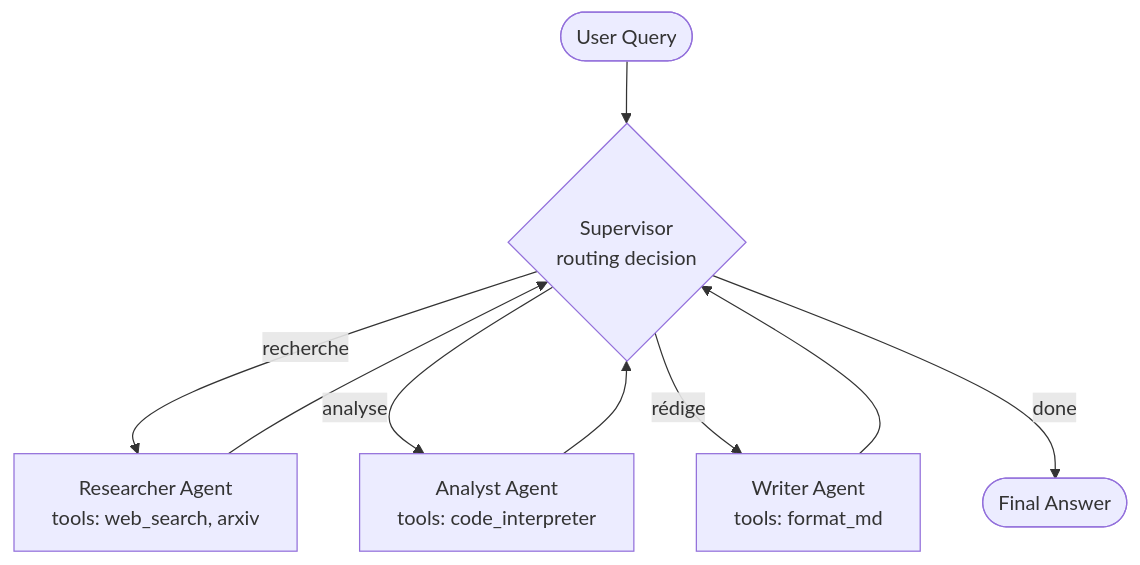
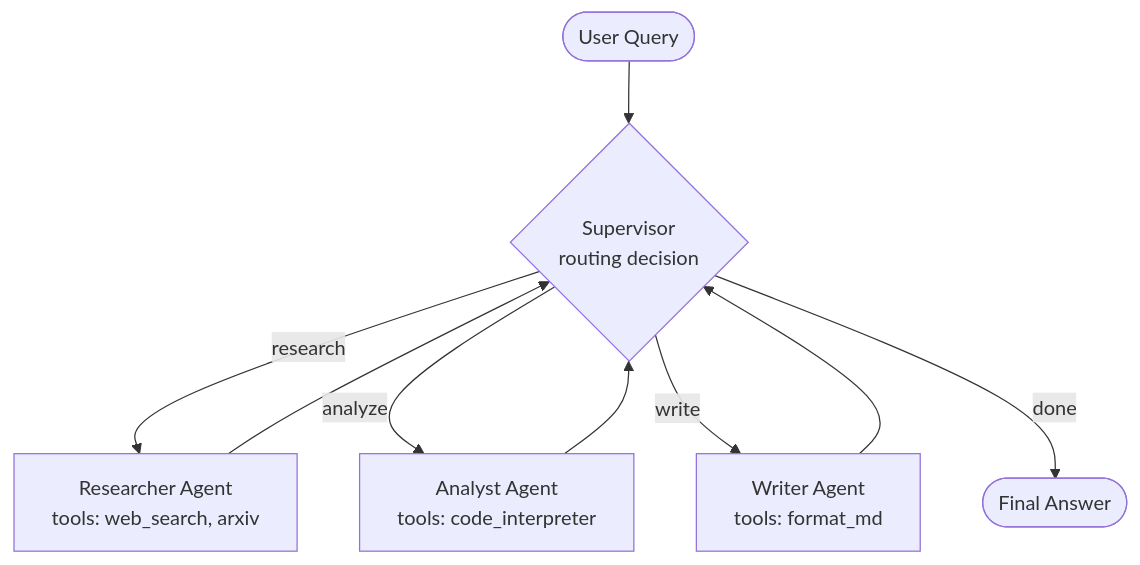
One commit to guyhui01/claude-agents changed the diagram in skills/ai_architect/design-patterns-agents.md. Above: the diagram before and after it, drawn with Mermaid. The commit also changed other lines of this file and 200 other files, not shown here.

````diff
--- a/skills/ai_architect/design-patterns-agents.md
+++ b/skills/ai_architect/design-patterns-agents.md
@@ -48,11 +48,11 @@
 ```mermaid
 flowchart TD
     User([User Query]) --> Supervisor{Supervisor<br/>routing decision}
-    Supervisor -->|recherche| Researcher[Researcher Agent<br/>tools: web_search, arxiv]
-    Supervisor -->|analyse| Analyst[Analyst Agent<br/>tools: code_interpreter]
-    Supervisor -->|rédige| Writer[Writer Agent<br/>tools: format_md]
+    Supervisor -->|research| Researcher[Researcher Agent<br/>tools: web_search, arxiv]
+    Supervisor -->|analyze| Analyst[Analyst Agent<br/>tools: code_interpreter]
+    Supervisor -->|write| Writer[Writer Agent<br/>tools: format_md]
     Researcher --> Supervisor
     Analyst --> Supervisor
     Writer --> Supervisor
     Supervisor -->|done| Output([Final Answer])
 ```
````
